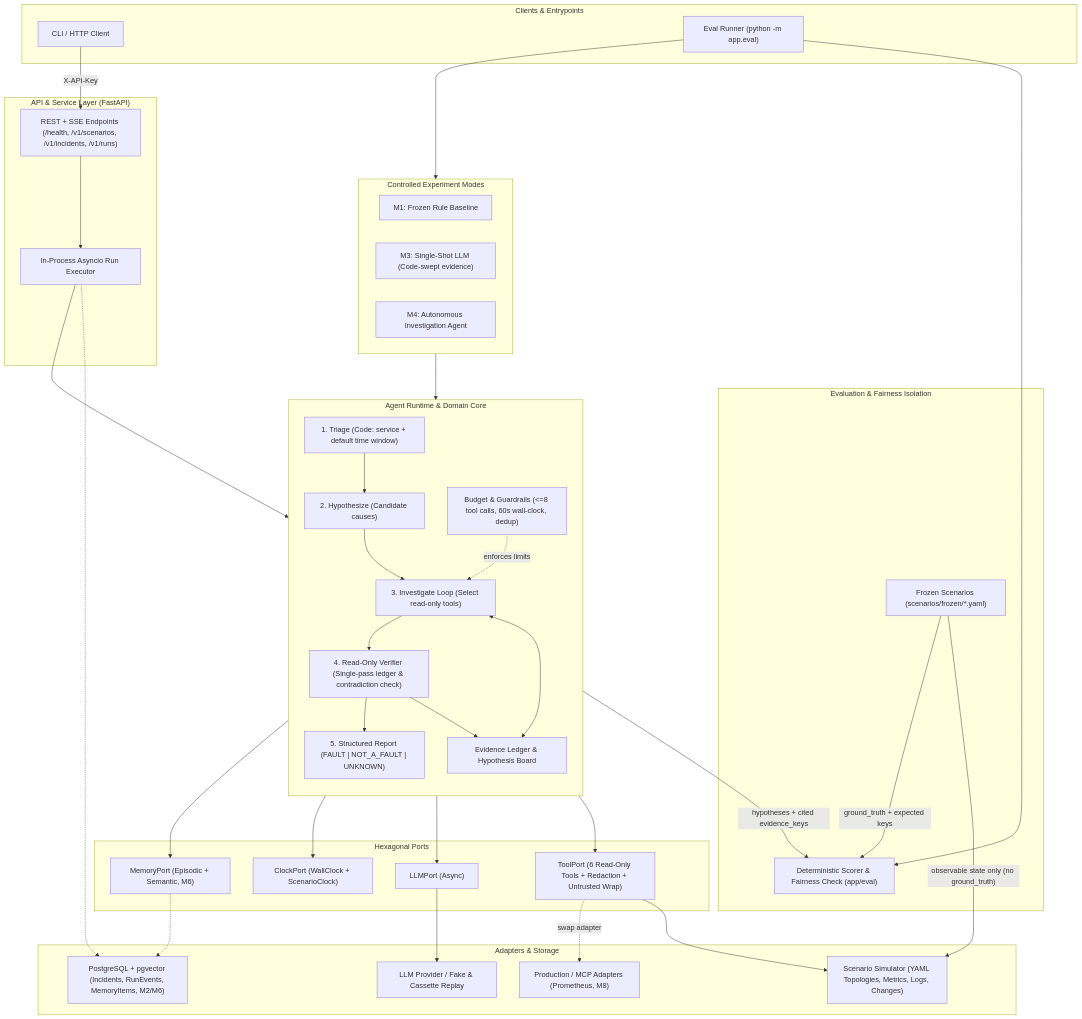
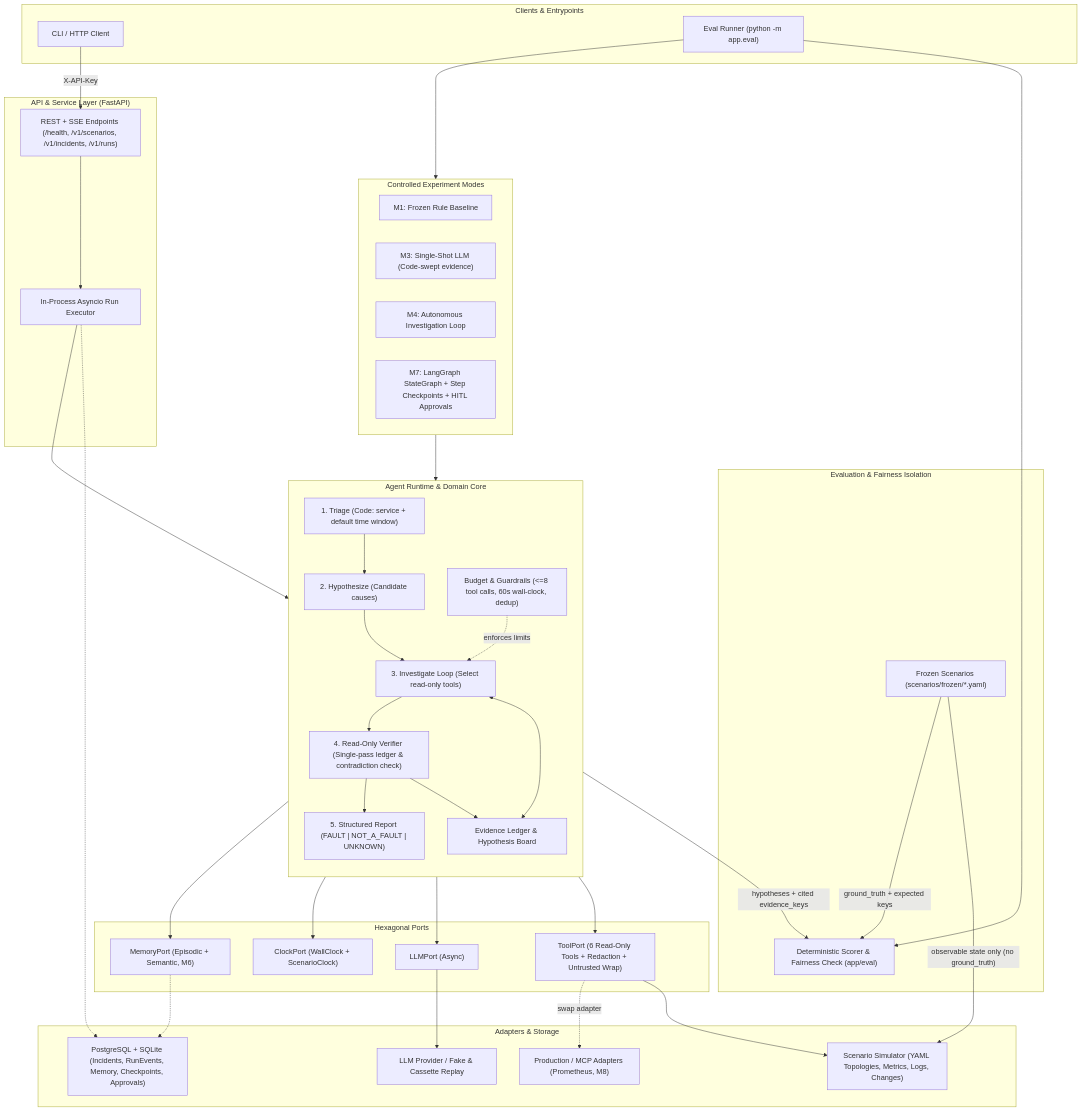
Before and after one commit to kayzenline/AI-Autonomous-Incident-Diagnosis-Platform: the diagram in README.md, drawn with Mermaid. The commit also changed other lines of this file, not shown here.

````diff
--- a/README.md
+++ b/README.md
@@ -9,74 +9,75 @@
 ```mermaid
 flowchart TB
     subgraph Clients["Clients & Entrypoints"]
         CLI["CLI / HTTP Client"]
         EvalCLI["Eval Runner (python -m app.eval)"]
     end
 
     subgraph API["API & Service Layer (FastAPI)"]
         REST["REST + SSE Endpoints (/health, /v1/scenarios, /v1/incidents, /v1/runs)"]
         Exec["In-Process Asyncio Run Executor"]
     end
 
     subgraph Domain["Agent Runtime & Domain Core"]
         direction TB
         Triage["1. Triage (Code: service + default time window)"]
         Hypo["2. Hypothesize (Candidate causes)"]
         Investigate["3. Investigate Loop (Select read-only tools)"]
         Verifier["4. Read-Only Verifier (Single-pass ledger & contradiction check)"]
         Report["5. Structured Report (FAULT | NOT_A_FAULT | UNKNOWN)"]
 
         Ledger["Evidence Ledger & Hypothesis Board"]
         Guard["Budget & Guardrails (<=8 tool calls, 60s wall-clock, dedup)"]
 
         Triage --> Hypo --> Investigate --> Verifier --> Report
         Investigate <--> Ledger
         Verifier --> Ledger
         Guard -. "enforces limits" .-> Investigate
     end
 
     subgraph Modes["Controlled Experiment Modes"]
         M1["M1: Frozen Rule Baseline"]
         M3["M3: Single-Shot LLM (Code-swept evidence)"]
-        M4["M4: Autonomous Investigation Agent"]
+        M4["M4: Autonomous Investigation Loop"]
+        M7["M7: LangGraph StateGraph + Step Checkpoints + HITL Approvals"]
     end
 
     subgraph Ports["Hexagonal Ports"]
         ToolPort["ToolPort (6 Read-Only Tools + Redaction + Untrusted Wrap)"]
         LLMPort["LLMPort (Async)"]
         ClockPort["ClockPort (WallClock + ScenarioClock)"]
         MemoryPort["MemoryPort (Episodic + Semantic, M6)"]
     end
 
     subgraph Adapters["Adapters & Storage"]
         Sim["Scenario Simulator (YAML Topologies, Metrics, Logs, Changes)"]
         Prod["Production / MCP Adapters (Prometheus, M8)"]
         LLMProv["LLM Provider / Fake & Cassette Replay"]
-        PG["PostgreSQL + pgvector (Incidents, RunEvents, MemoryItems, M2/M6)"]
+        PG["PostgreSQL + SQLite (Incidents, RunEvents, Memory, Checkpoints, Approvals)"]
     end
 
     subgraph EvalBox["Evaluation & Fairness Isolation"]
         Frozen["Frozen Scenarios (scenarios/frozen/*.yaml)"]
         Scorer["Deterministic Scorer & Fairness Check (app/eval)"]
     end
 
     CLI -- "X-API-Key" --> REST --> Exec --> Domain
     EvalCLI --> Scorer
     EvalCLI --> Modes
     Modes --> Domain
 
     Domain --> ToolPort
     Domain --> LLMPort
     Domain --> ClockPort
     Domain --> MemoryPort
 
     ToolPort --> Sim
     ToolPort -. "swap adapter" .-> Prod
     LLMPort --> LLMProv
     MemoryPort -.-> PG
     Exec -.-> PG
 
     Frozen -- "observable state only (no ground_truth)" --> Sim
     Frozen -- "ground_truth + expected keys" --> Scorer
     Report -- "hypotheses + cited evidence_keys" --> Scorer
 ```
````
